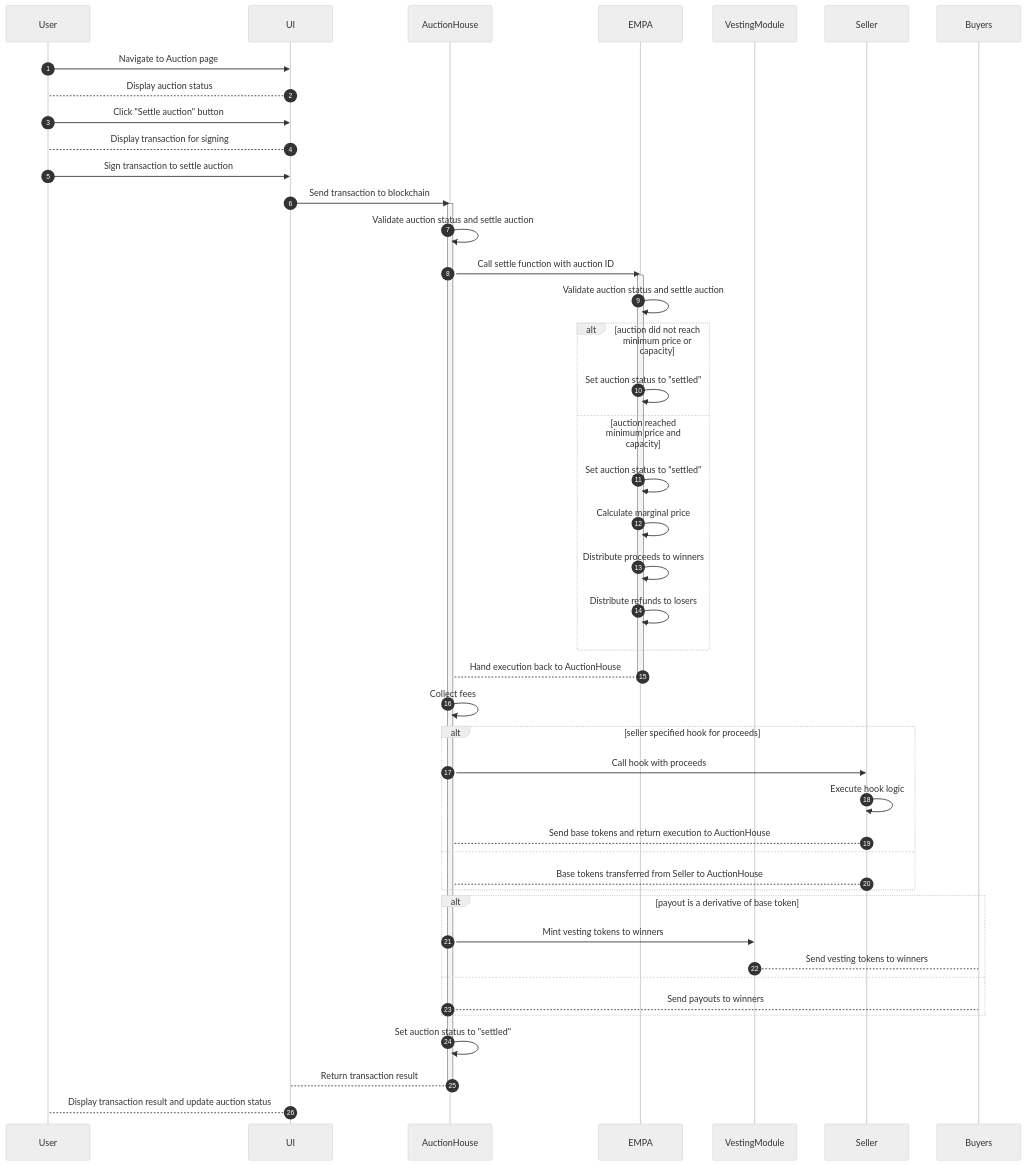
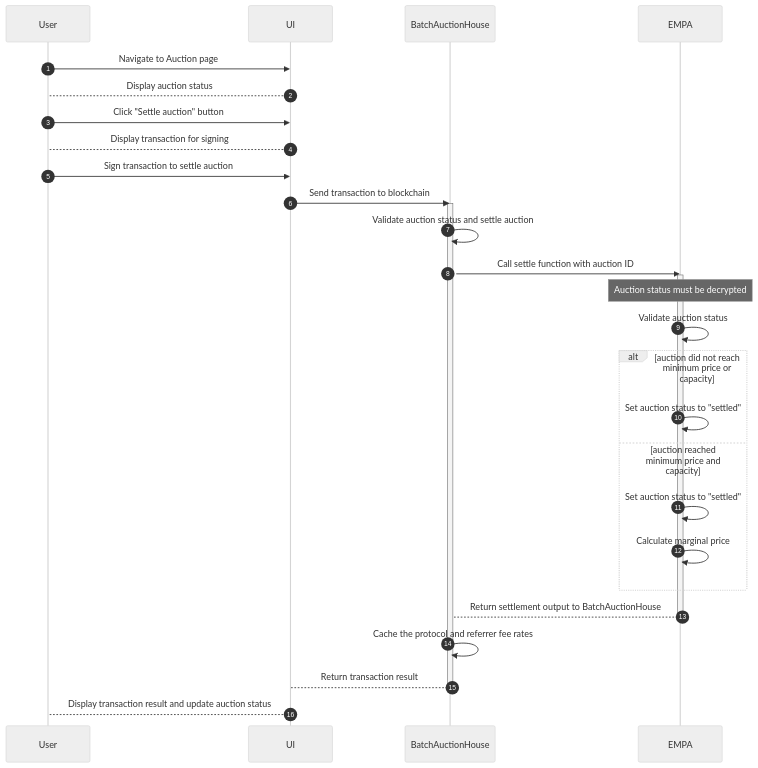
The sixth of 9 diagrams in design/EMPA.md (Axis-Fi/axis-core), drawn with Mermaid (neutral theme) before and after one commit. The commit also changed other lines of this file, not shown here.

````diff
--- a/design/EMPA.md
+++ b/design/EMPA.md
@@ -273,51 +329,33 @@
 ```mermaid
 sequenceDiagram
   autoNumber
   participant User
   participant UI
-  participant AuctionHouse
+  participant BatchAuctionHouse
   participant EMPA
-  participant VestingModule
-  participant Seller
-  participant Buyers
 
   User->>UI: Navigate to Auction page
   UI-->User: Display auction status
   User->>UI: Click "Settle auction" button
   UI-->User: Display transaction for signing
   User->>UI: Sign transaction to settle auction
-  UI->>AuctionHouse: Send transaction to blockchain
-  activate AuctionHouse
-      AuctionHouse->>AuctionHouse: Validate auction status and settle auction
-      AuctionHouse->>EMPA: Call settle function with auction ID
+  UI->>BatchAuctionHouse: Send transaction to blockchain
+  activate BatchAuctionHouse
+      BatchAuctionHouse->>BatchAuctionHouse: Validate auction status and settle auction
+      BatchAuctionHouse->>EMPA: Call settle function with auction ID
       activate EMPA
-          EMPA->>EMPA: Validate auction status and settle auction
+          Note over EMPA: Auction status must be decrypted
+          EMPA->>EMPA: Validate auction status
           alt auction did not reach minimum price or capacity
               EMPA->>EMPA: Set auction status to "settled"
           else auction reached minimum price and capacity
               EMPA->>EMPA: Set auction status to "settled"
               EMPA->>EMPA: Calculate marginal price
-              EMPA->>EMPA: Distribute proceeds to winners
-              EMPA->>EMPA: Distribute refunds to losers
           end
-          EMPA-->AuctionHouse: Hand execution back to AuctionHouse
+          EMPA-->BatchAuctionHouse: Return settlement output to BatchAuctionHouse
       deactivate EMPA
-      AuctionHouse->>AuctionHouse: Collect fees
-      alt seller specified hook for proceeds
-          AuctionHouse->>Seller: Call hook with proceeds
-          Seller->>Seller: Execute hook logic
-          Seller-->AuctionHouse: Send base tokens and return execution to AuctionHouse
-      else
-          Seller-->AuctionHouse: Base tokens transferred from Seller to AuctionHouse
-      end
-      alt payout is a derivative of base token
-        AuctionHouse->>VestingModule: Mint vesting tokens to winners
-        VestingModule-->Buyers: Send vesting tokens to winners
-      else
-        AuctionHouse-->Buyers: Send payouts to winners
-      end
-      AuctionHouse->>AuctionHouse: Set auction status to "settled"
-      AuctionHouse-->UI: Return transaction result
-  deactivate AuctionHouse
+      BatchAuctionHouse->>BatchAuctionHouse: Cache the protocol and referrer fee rates
+      BatchAuctionHouse-->UI: Return transaction result
+  deactivate BatchAuctionHouse
   UI-->User: Display transaction result and update auction status
 ```
````
